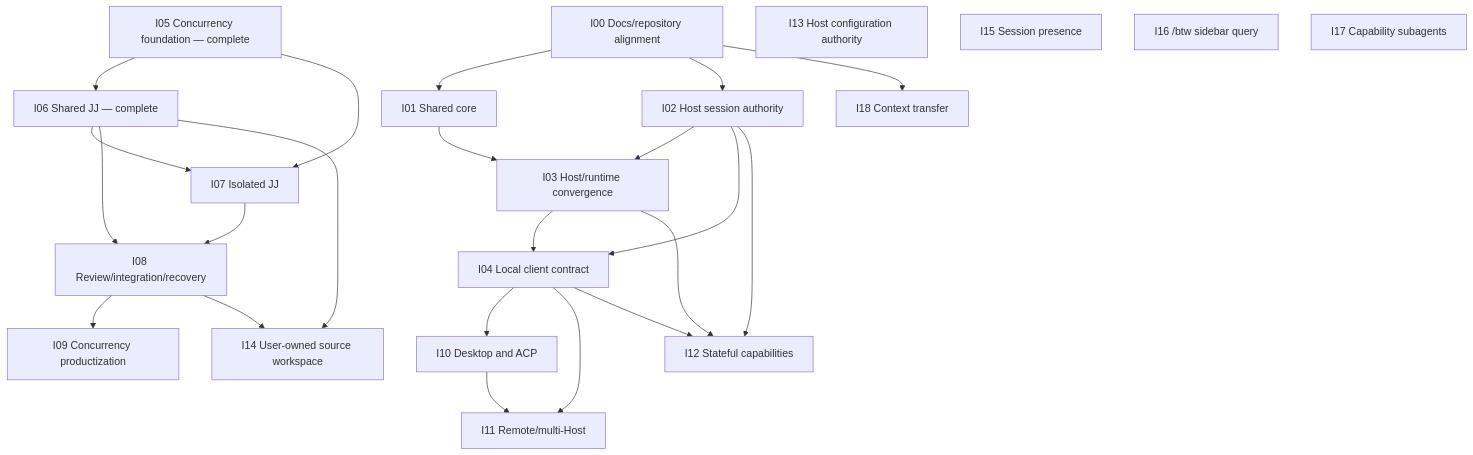
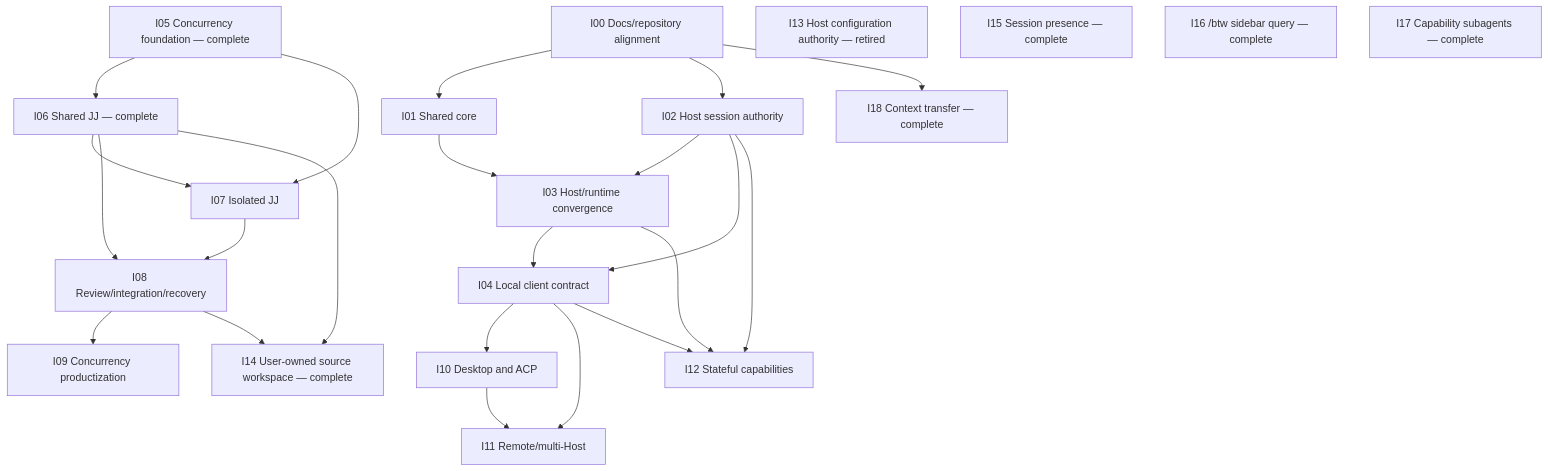
The diagram in docs/roadmap/README.md (xavierchanth/pi-guardian), drawn with Mermaid before and after one commit. The commit also changed other lines of this file and 11 other files, not shown here.

Commit message:
fix(sidebar): harden btw context boundaries

````diff
--- a/docs/roadmap/README.md
+++ b/docs/roadmap/README.md
@@ -48,46 +48,46 @@
 ```mermaid
 graph TD
   I00[I00 Docs/repository alignment]
   I01[I01 Shared core]
   I02[I02 Host session authority]
   I03[I03 Host/runtime convergence]
   I04[I04 Local client contract]
   I05[I05 Concurrency foundation — complete]
   I06[I06 Shared JJ — complete]
   I07[I07 Isolated JJ]
   I08[I08 Review/integration/recovery]
   I09[I09 Concurrency productization]
   I10[I10 Desktop and ACP]
   I11[I11 Remote/multi-Host]
   I12[I12 Stateful capabilities]
-  I13[I13 Host configuration authority]
-  I14[I14 User-owned source workspace]
-  I15[I15 Session presence]
-  I16[I16 /btw sidebar query]
-  I17[I17 Capability subagents]
-  I18[I18 Context transfer]
+  I13[I13 Host configuration authority — retired]
+  I14[I14 User-owned source workspace — complete]
+  I15[I15 Session presence — complete]
+  I16[I16 /btw sidebar query — complete]
+  I17[I17 Capability subagents — complete]
+  I18[I18 Context transfer — complete]
 
   I00 --> I01
   I00 --> I02
   I01 --> I03
   I02 --> I03
   I02 --> I04
   I03 --> I04
   I00 --> I18
 
   I05 --> I06
   I05 --> I07
   I06 --> I07
   I06 --> I08
   I07 --> I08
   I08 --> I09
   I06 --> I14
   I08 --> I14
 
   I04 --> I10
   I04 --> I11
   I10 --> I11
   I02 --> I12
   I03 --> I12
   I04 --> I12
 ```
````
